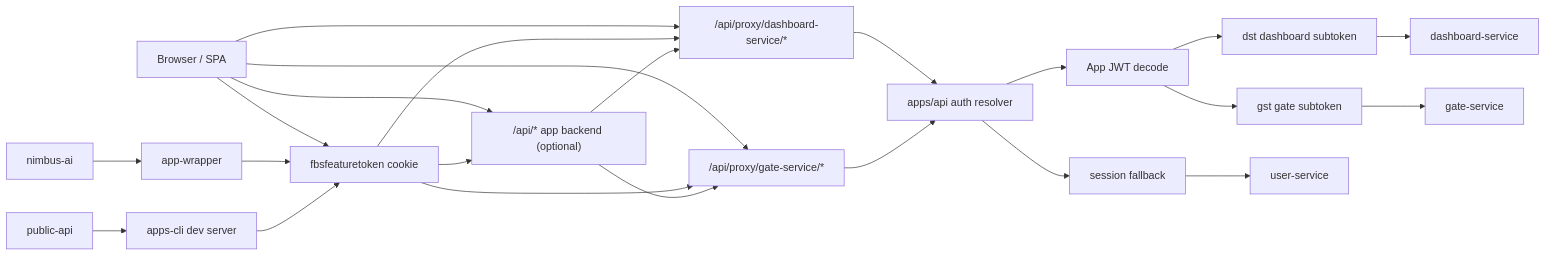
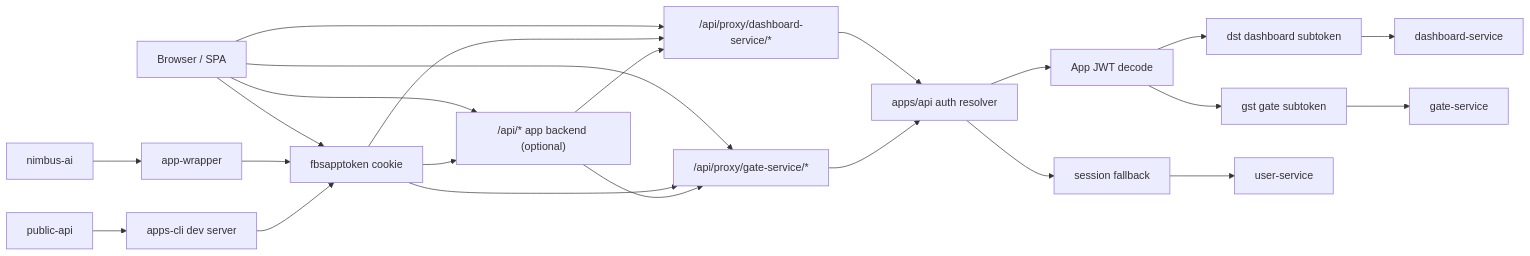
The first of 6 diagrams in docs/proposals/APP-AUTH-FLOW.md (fusebase-dev/fusebase-cli), drawn with Mermaid before and after one commit. The commit also changed other lines of this file and 113 other files, not shown here.

````diff
--- a/docs/proposals/APP-AUTH-FLOW.md
+++ b/docs/proposals/APP-AUTH-FLOW.md
@@ -62,31 +62,31 @@
 ```mermaid
 flowchart LR
-  A["Browser / SPA"] --> B["fbsfeaturetoken cookie"]
+  A["Browser / SPA"] --> B["fbsapptoken cookie"]
   A --> C["/api/* app backend (optional)"]
   A --> D["/api/proxy/dashboard-service/*"]
   A --> E["/api/proxy/gate-service/*"]
 
   B --> C
   B --> D
   B --> E
 
   C --> D
   C --> E
 
   D --> F["apps/api auth resolver"]
   E --> F
 
   F --> G["App JWT decode"]
   G --> H["dst dashboard subtoken"]
   G --> I["gst gate subtoken"]
   F --> J["session fallback"]
 
   H --> K["dashboard-service"]
   I --> L["gate-service"]
   J --> M["user-service"]
 
   N["app-wrapper"] --> B
   O["nimbus-ai"] --> N
   P["public-api"] --> Q["apps-cli dev server"]
   Q --> B
 ```
````
